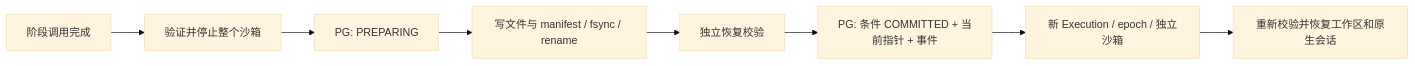
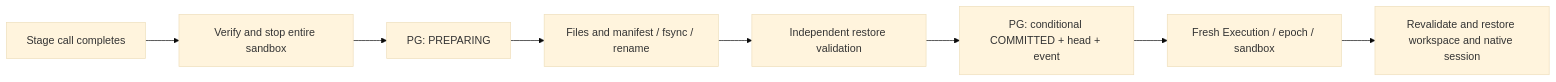
The diagram in docs/m2.md (MrHappyEnding/relay-trace-verify), drawn with Mermaid (base theme) before and after one commit. The commit also changed other lines of this file and 83 other files, not shown here.

````diff
--- a/docs/m2.md
+++ b/docs/m2.md
@@ -61,10 +63,10 @@
 ```mermaid
 flowchart LR
-    A[阶段调用完成] --> B[验证并停止整个沙箱]
+    A[Stage call completes] --> B[Verify and stop entire sandbox]
     B --> P[PG: PREPARING]
-    P --> U[写文件与 manifest / fsync / rename]
-    U --> V[独立恢复校验]
-    V --> C[PG: 条件 COMMITTED + 当前指针 + 事件]
-    C --> N[新 Execution / epoch / 独立沙箱]
-    N --> R[重新校验并恢复工作区和原生会话]
+    P --> U[Files and manifest / fsync / rename]
+    U --> V[Independent restore validation]
+    V --> C[PG: conditional COMMITTED + head + event]
+    C --> N[Fresh Execution / epoch / sandbox]
+    N --> R[Revalidate and restore workspace and native session]
 ```
````
